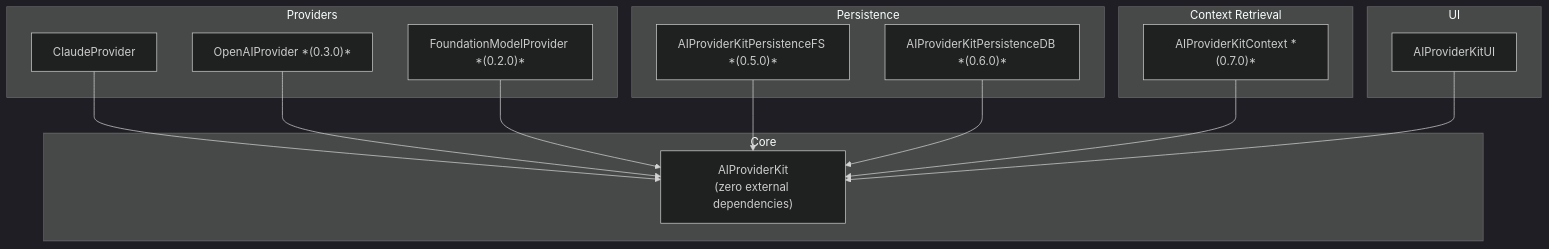
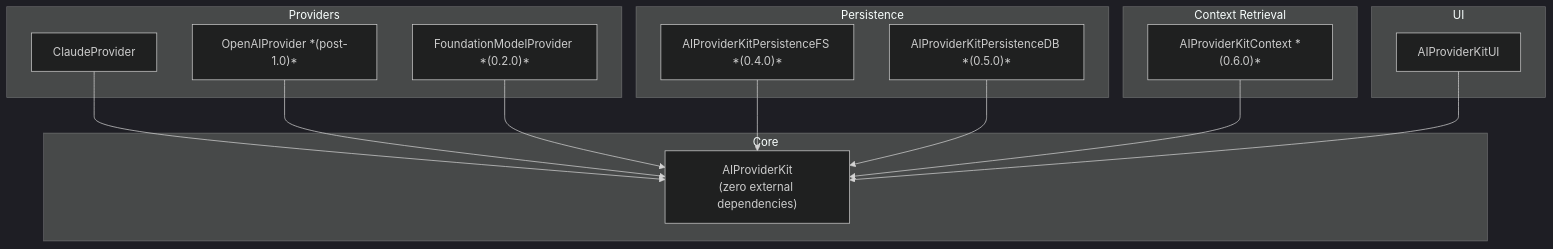
One commit to molayab/swift-ai-provider-kit changed the first of 9 diagrams in Documentation/Architecture.md. Above: the diagram before and after it, drawn with Mermaid (dark theme). The commit also changed other lines of this file and 5 other files, not shown here.

First line of the commit message:
Move OpenAI Provider to post-1.0; renumber milestones

````diff
--- a/Documentation/Architecture.md
+++ b/Documentation/Architecture.md
@@ -18,33 +18,33 @@
 ```mermaid
 graph TD
     subgraph Core
         AIProviderKit["AIProviderKit\n(zero external dependencies)"]
     end
 
     subgraph Providers
         Claude["ClaudeProvider"]
-        OpenAI["OpenAIProvider *(0.3.0)*"]
+        OpenAI["OpenAIProvider *(post-1.0)*"]
         FM["FoundationModelProvider *(0.2.0)*"]
     end
 
     subgraph Persistence
-        PFS["AIProviderKitPersistenceFS *(0.5.0)*"]
-        PDB["AIProviderKitPersistenceDB *(0.6.0)*"]
+        PFS["AIProviderKitPersistenceFS *(0.4.0)*"]
+        PDB["AIProviderKitPersistenceDB *(0.5.0)*"]
     end
 
     subgraph Context["Context Retrieval"]
-        CTX["AIProviderKitContext *(0.7.0)*"]
+        CTX["AIProviderKitContext *(0.6.0)*"]
     end
 
     subgraph UI
         AKUI["AIProviderKitUI"]
     end
 
     Claude --> AIProviderKit
     OpenAI --> AIProviderKit
     FM --> AIProviderKit
     PFS --> AIProviderKit
     PDB --> AIProviderKit
     CTX --> AIProviderKit
     AKUI --> AIProviderKit
 ```
````
